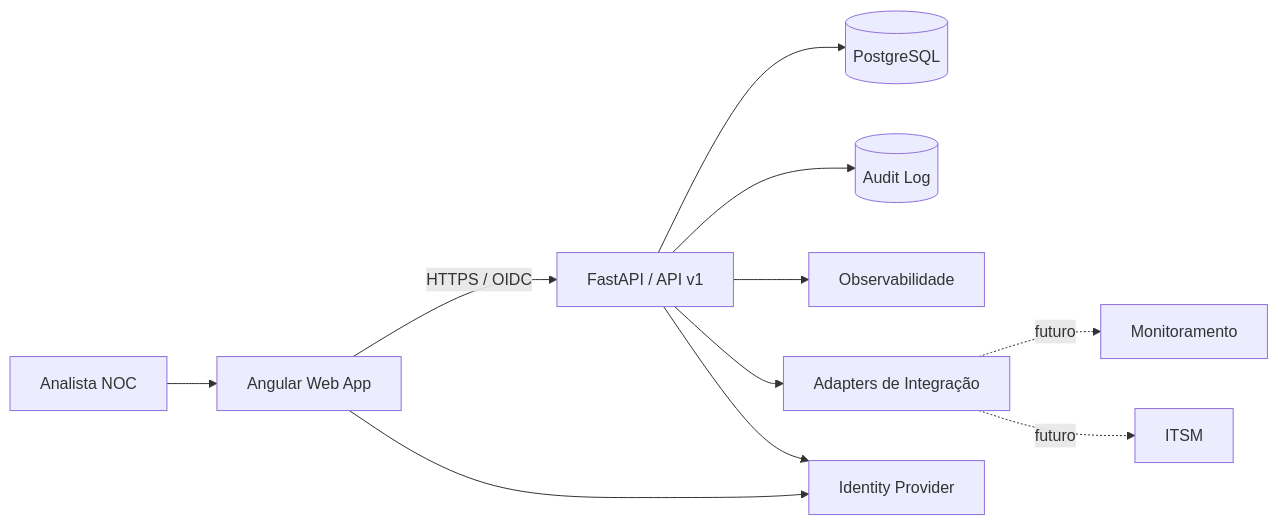
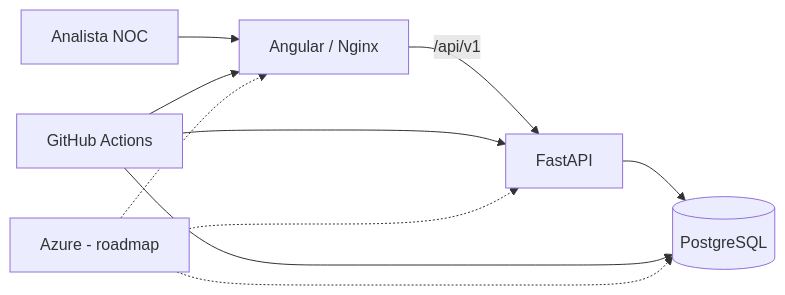
The diagram in README.md (MSsanto/P0-NOC-Flow-Cloud-v2-), drawn with Mermaid before and after one commit. The commit also changed other lines of this file and 5 other files, not shown here.

````diff
--- a/README.md
+++ b/README.md
@@ -73,13 +149,12 @@
 ```mermaid
 flowchart LR
-    U[Analista NOC] --> WEB[Angular Web App]
-    WEB -->|HTTPS / OIDC| API[FastAPI / API v1]
+    U[Analista NOC] --> WEB[Angular / Nginx]
+    WEB -->|/api/v1| API[FastAPI]
     API --> DB[(PostgreSQL)]
-    API --> AUDIT[(Audit Log)]
-    API --> OBS[Observabilidade]
-    API --> EXT[Adapters de Integração]
-    EXT -. futuro .-> MON[Monitoramento]
-    EXT -. futuro .-> ITSM[ITSM]
-    WEB --> IDP[Identity Provider]
-    API --> IDP
+    CI[GitHub Actions] --> WEB
+    CI --> API
+    CI --> DB
+    AZ[Azure - roadmap] -.-> WEB
+    AZ -.-> API
+    AZ -.-> DB
 ```
````
